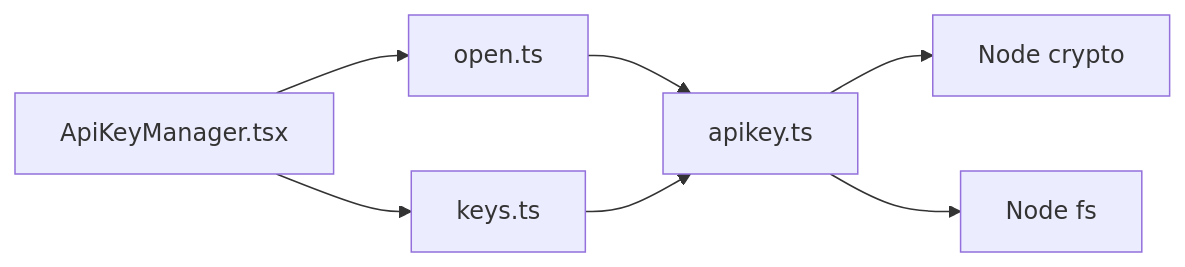
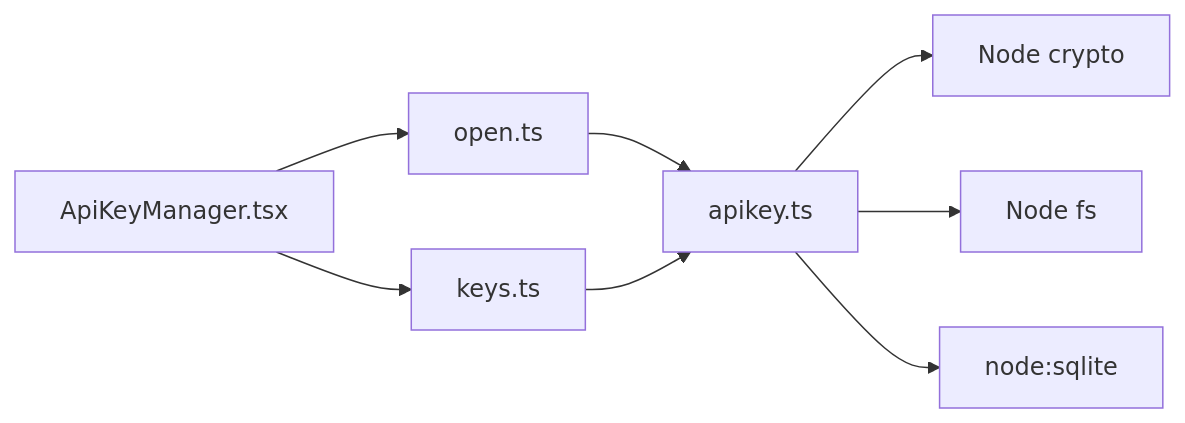
The tenth of 10 diagrams in .qoder/repowiki/en/content/Security & Authentication/API Key Management.md (dlutwuwei/mihome-web), drawn with Mermaid before and after one commit. The commit also changed other lines of this file and 84 other files, not shown here.

````diff
--- a/.qoder/repowiki/en/content/Security & Authentication/API Key Management.md
+++ b/.qoder/repowiki/en/content/Security & Authentication/API Key Management.md
@@ -316,9 +373,10 @@
 ```mermaid
 graph LR
 ApiKeyCore["apikey.ts"] --> Crypto["Node crypto"]
 ApiKeyCore --> FS["Node fs"]
+ApiKeyCore --> SQLite["node:sqlite"]
 OpenRouter["open.ts"] --> ApiKeyCore
 KeysRouter["keys.ts"] --> ApiKeyCore
 ClientUI["ApiKeyManager.tsx"] --> OpenRouter
 ClientUI --> KeysRouter
 ```
````
